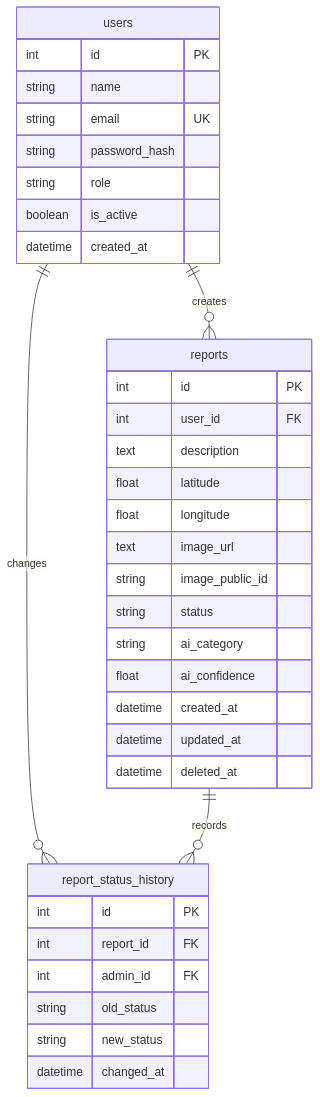
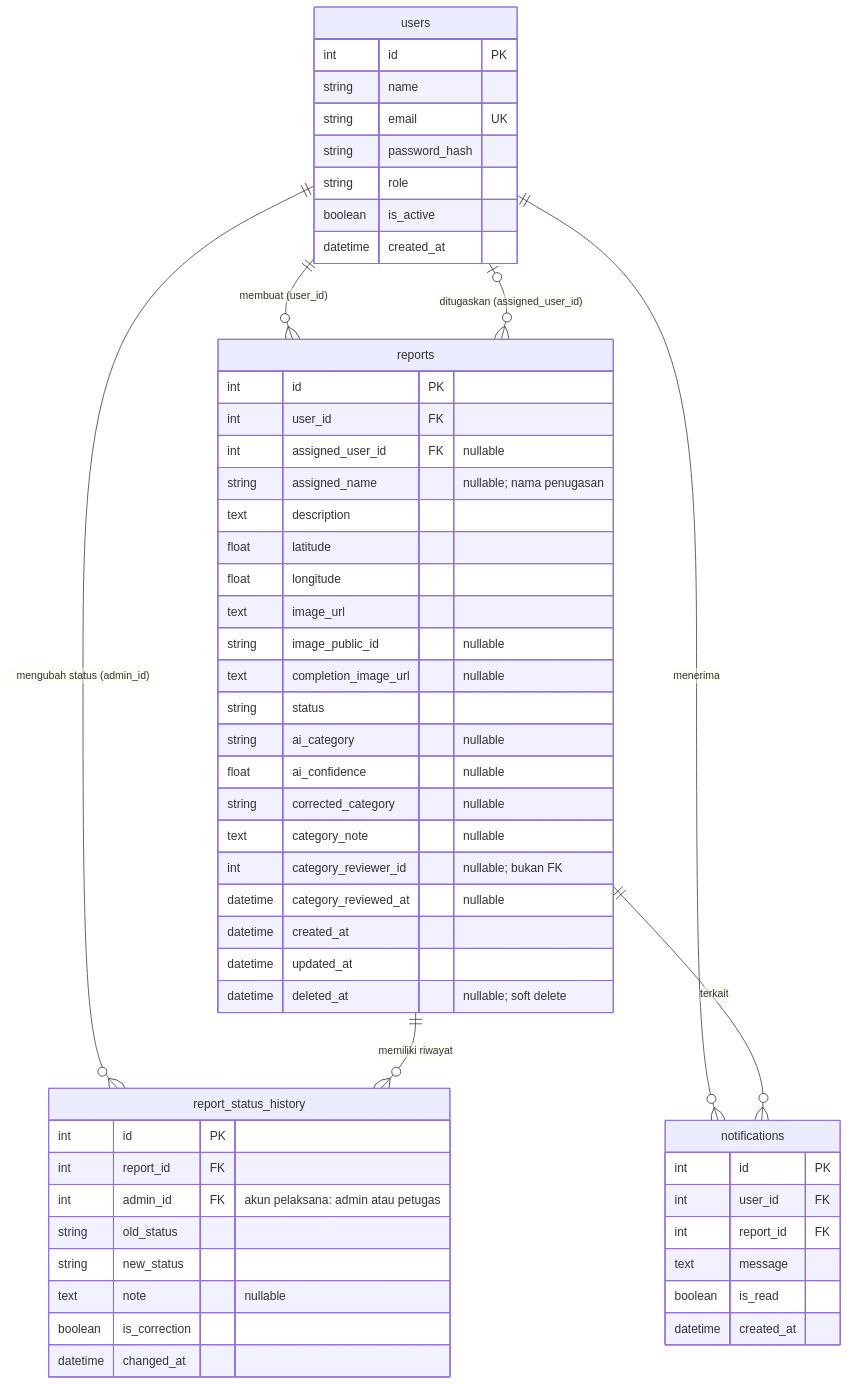
The third of 3 diagrams in docs/ARCHITECTURE.md (MhmmdIchsan/CamPah), drawn with Mermaid before and after one commit. The commit also changed other lines of this file, not shown here.

Commit message:
docs(architecture): update diagrams and officer access

````diff
--- a/docs/ARCHITECTURE.md
+++ b/docs/ARCHITECTURE.md
@@ -21,38 +64,59 @@
 ```mermaid
 erDiagram
-    users ||--o{ reports : creates
-    users ||--o{ report_status_history : changes
-    reports ||--o{ report_status_history : records
+    users ||--o{ reports : "membuat (user_id)"
+    users o|--o{ reports : "ditugaskan (assigned_user_id)"
+    users ||--o{ report_status_history : "mengubah status (admin_id)"
+    reports ||--o{ report_status_history : "memiliki riwayat"
+    users ||--o{ notifications : "menerima"
+    reports ||--o{ notifications : "terkait"
+
     users {
         int id PK
         string name
         string email UK
         string password_hash
         string role
         boolean is_active
         datetime created_at
     }
     reports {
         int id PK
         int user_id FK
+        int assigned_user_id FK "nullable"
+        string assigned_name "nullable; nama penugasan"
         text description
         float latitude
         float longitude
         text image_url
-        string image_public_id
+        string image_public_id "nullable"
+        text completion_image_url "nullable"
         string status
-        string ai_category
-        float ai_confidence
+        string ai_category "nullable"
+        float ai_confidence "nullable"
+        string corrected_category "nullable"
+        text category_note "nullable"
+        int category_reviewer_id "nullable; bukan FK"
+        datetime category_reviewed_at "nullable"
         datetime created_at
         datetime updated_at
-        datetime deleted_at
+        datetime deleted_at "nullable; soft delete"
     }
     report_status_history {
         int id PK
         int report_id FK
-        int admin_id FK
+        int admin_id FK "akun pelaksana: admin atau petugas"
         string old_status
         string new_status
+        text note "nullable"
+        boolean is_correction
         datetime changed_at
     }
+    notifications {
+        int id PK
+        int user_id FK
+        int report_id FK
+        text message
+        boolean is_read
+        datetime created_at
+    }
 ```
````
